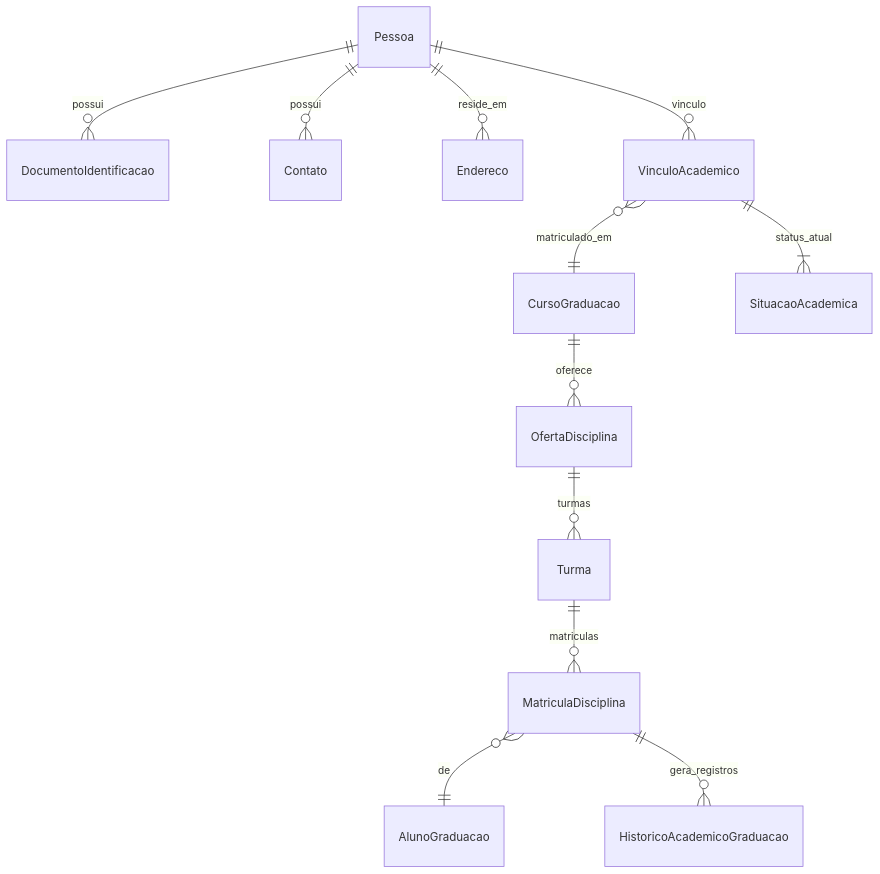
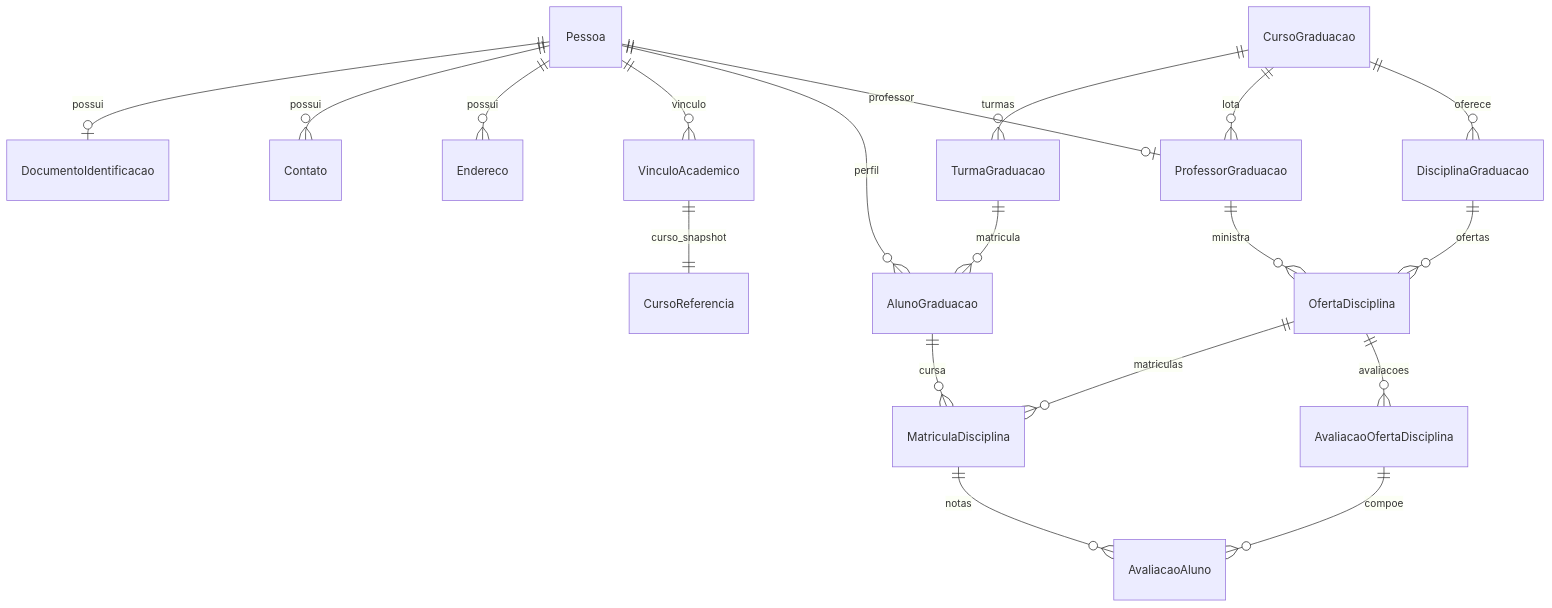
The first of 2 diagrams in planejamento/modulos/graduacao.md (ydirickson/TCC-MBAEsalq), drawn with Mermaid before and after one commit. The commit also changed other lines of this file and 119 other files, not shown here.

````diff
--- a/planejamento/modulos/graduacao.md
+++ b/planejamento/modulos/graduacao.md
@@ -20,16 +20,27 @@
 ```mermaid
 erDiagram
-  Pessoa ||--o{ DocumentoIdentificacao : possui
+  Pessoa ||--o| DocumentoIdentificacao : possui
   Pessoa ||--o{ Contato : possui
-  Pessoa ||--o{ Endereco : reside_em
+  Pessoa ||--o{ Endereco : possui
 
   Pessoa ||--o{ VinculoAcademico : vinculo
-  VinculoAcademico }o--|| CursoGraduacao : matriculado_em
-  VinculoAcademico ||--|{ SituacaoAcademica : status_atual
+  VinculoAcademico ||--|| CursoReferencia : curso_snapshot
 
-  CursoGraduacao ||--o{ OfertaDisciplina : oferece
-  OfertaDisciplina ||--o{ Turma : turmas
-  Turma ||--o{ MatriculaDisciplina : matriculas
-  MatriculaDisciplina }o--|| AlunoGraduacao : de
-  MatriculaDisciplina ||--o{ HistoricoAcademicoGraduacao : gera_registros
+  Pessoa ||--o{ AlunoGraduacao : perfil
+  TurmaGraduacao ||--o{ AlunoGraduacao : matricula
+  CursoGraduacao ||--o{ TurmaGraduacao : turmas
+
+  Pessoa ||--o| ProfessorGraduacao : professor
+  CursoGraduacao ||--o{ ProfessorGraduacao : lota
+
+  CursoGraduacao ||--o{ DisciplinaGraduacao : oferece
+  DisciplinaGraduacao ||--o{ OfertaDisciplina : ofertas
+  ProfessorGraduacao ||--o{ OfertaDisciplina : ministra
+
+  OfertaDisciplina ||--o{ MatriculaDisciplina : matriculas
+  AlunoGraduacao ||--o{ MatriculaDisciplina : cursa
+
+  OfertaDisciplina ||--o{ AvaliacaoOfertaDisciplina : avaliacoes
+  MatriculaDisciplina ||--o{ AvaliacaoAluno : notas
+  AvaliacaoOfertaDisciplina ||--o{ AvaliacaoAluno : compoe
 ```
````
